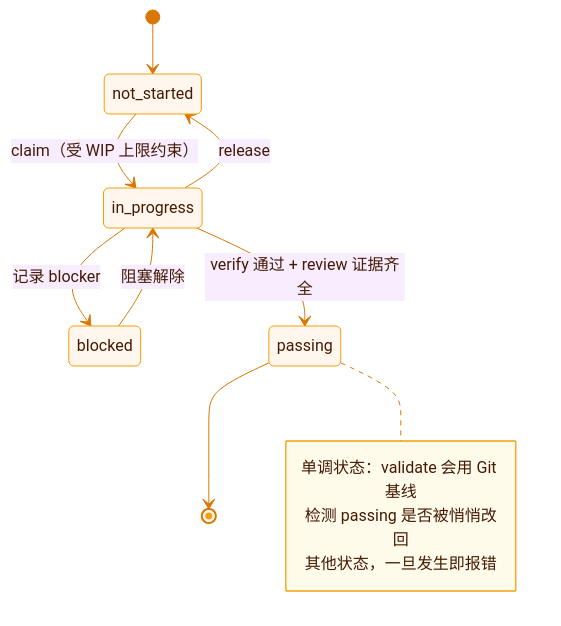
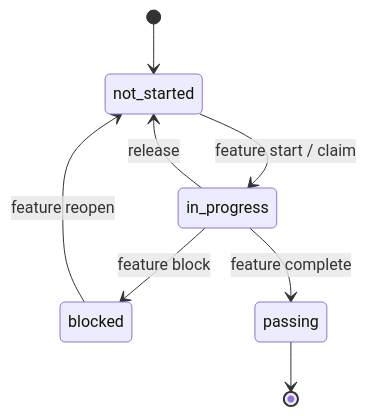
One commit to Caesarlo/SDLC-Harness-docs changed the first of 3 diagrams in concepts/how-it-works.mdx. Above: the diagram before and after it, drawn with Mermaid. The commit also changed other lines of this file and 5 other files, not shown here.

````diff
--- a/concepts/how-it-works.mdx
+++ b/concepts/how-it-works.mdx
@@ -33,17 +22,10 @@
-```mermaid placement="top-right" actions={true}
-%%{init: {"theme": "base", "themeVariables": {"fontFamily": "Inter, ui-sans-serif, system-ui, sans-serif", "primaryColor": "#FFF7ED", "primaryBorderColor": "#F59E0B", "primaryTextColor": "#451A03", "lineColor": "#D97706", "noteBkgColor": "#FFFBEB", "noteBorderColor": "#F59E0B", "noteTextColor": "#451A03"}}}%%
+```mermaid
 stateDiagram-v2
   [*] --> not_started
-  not_started --> in_progress: claim（受 WIP 上限约束）
+  not_started --> in_progress: feature start / claim
   in_progress --> not_started: release
-  in_progress --> blocked: 记录 blocker
-  blocked --> in_progress: 阻塞解除
-  in_progress --> passing: verify 通过 + review 证据齐全
+  in_progress --> blocked: feature block
+  blocked --> not_started: feature reopen
+  in_progress --> passing: feature complete
   passing --> [*]
-
-  note right of passing
-    单调状态：validate 会用 Git 基线
-    检测 passing 是否被悄悄改回
-    其他状态，一旦发生即报错
-  end note
 ```
````
